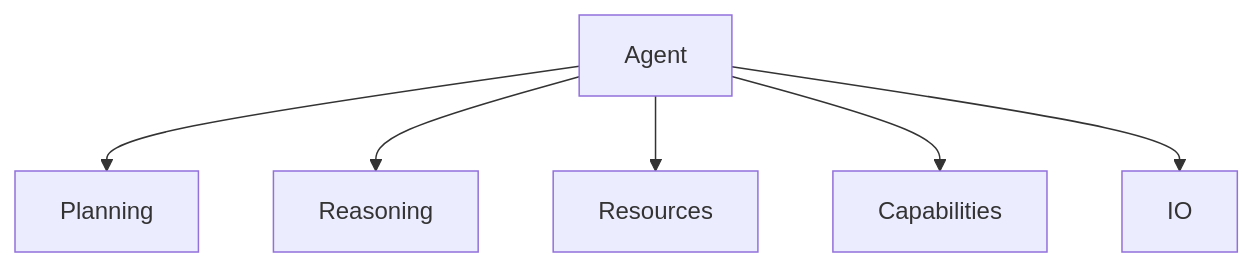
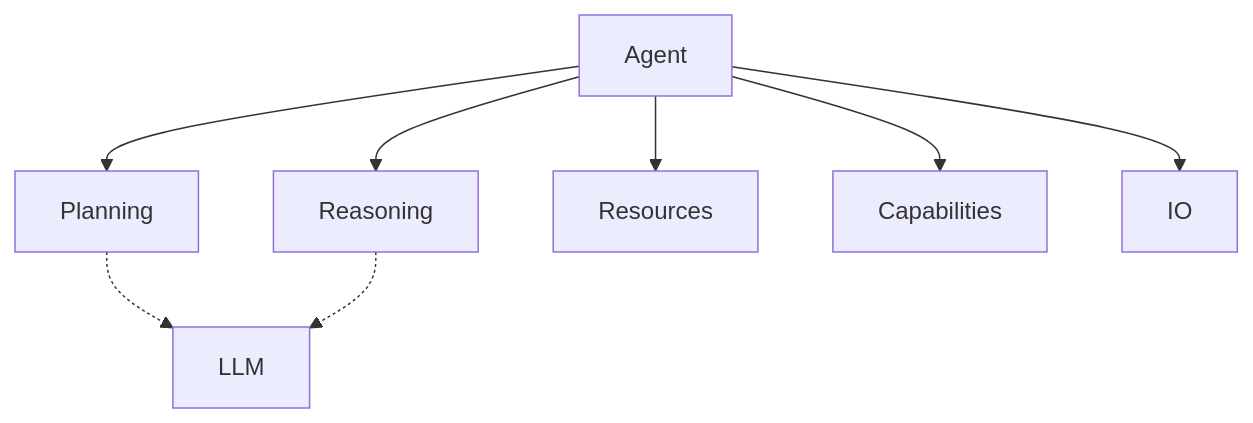
The diagram in dxa/agent/README.md (aitomatic/dana), drawn with Mermaid before and after one commit. The commit also changed other lines of this file and 3 other files, not shown here.

````diff
--- a/dxa/agent/README.md
+++ b/dxa/agent/README.md
@@ -19,8 +30,11 @@
 ```mermaid
 graph TB
     A[Agent] --> B[Planning]
     A --> C[Reasoning]
     A --> D[Resources]
     A --> E[Capabilities]
     A --> F[IO]
+    
+    B -.-> G[LLM]
+    C -.-> G
 ```
````
